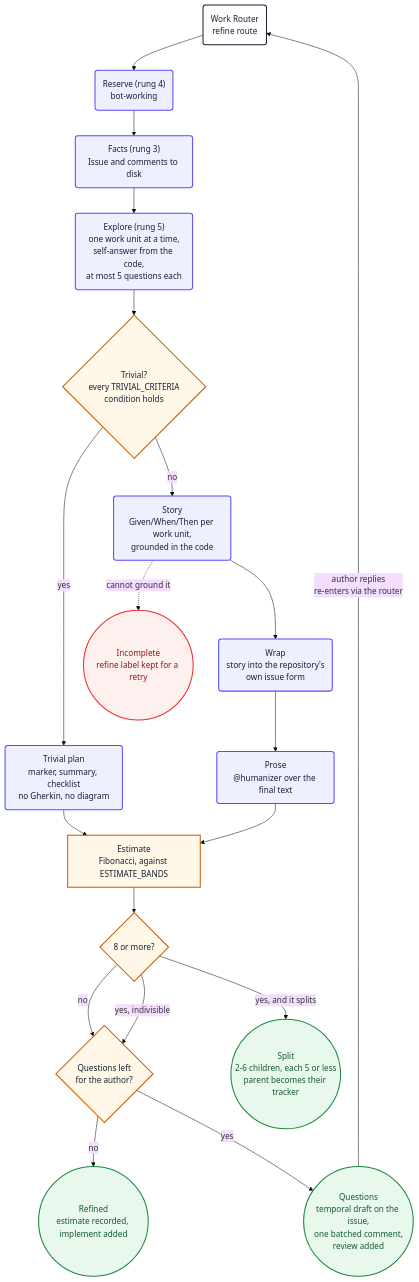
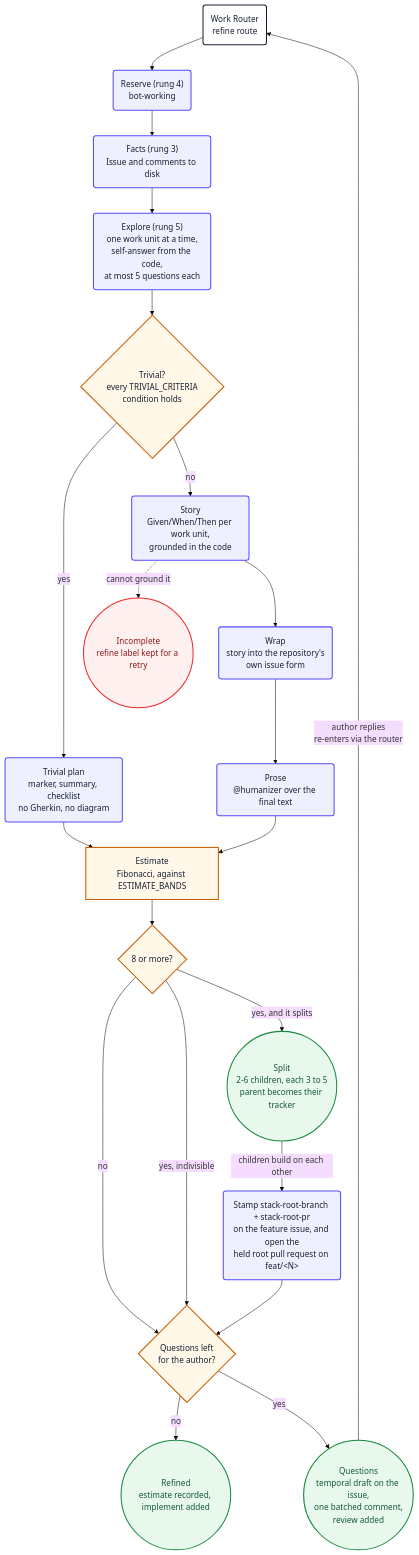
The fifth of 14 diagrams in loops/docs/diagrams.md (PlainConceptsPlatform/agentic-workflows), drawn with Mermaid (base theme) before and after one commit. The commit also changed other lines of this file and 23 other files, not shown here.

First line of the commit message:
feat(stack): stacked pull requests for large stories (1.4.0) (#96)

````diff
--- a/loops/docs/diagrams.md
+++ b/loops/docs/diagrams.md
@@ -172,39 +209,41 @@
 ```mermaid
 flowchart TD
     refStart("Work Router<br/>refine route") --> refReserve
     refReserve("Reserve (rung 4)<br/>bot-working") --> refFacts
     refFacts("Facts (rung 3)<br/>Issue and comments to disk") --> refExplore
     refExplore("Explore (rung 5)<br/>one work unit at a time,<br/>self-answer from the code,<br/>at most 5 questions each") --> refClassify
     refClassify{"Trivial?<br/>every TRIVIAL_CRITERIA<br/>condition holds"}
     refClassify -->|yes| refTrivial
     refClassify -->|no| refStory
     refTrivial("Trivial plan<br/>marker, summary, checklist<br/>no Gherkin, no diagram") --> refEstimate
     refStory("Story<br/>Given/When/Then per work unit,<br/>grounded in the code") --> refWrap
     refStory -.->|"cannot ground it"| refFail
     refWrap("Wrap<br/>story into the repository's<br/>own issue form") --> refProse
     refProse("Prose<br/>@humanizer over the final text") --> refEstimate
     refEstimate["Estimate<br/>Fibonacci, against ESTIMATE_BANDS"] --> refSplit
     refSplit{"8 or more?"}
     refSplit -->|no| refOutcome
     refSplit -->|"yes, and it splits"| refChildren
     refSplit -->|"yes, indivisible"| refOutcome
-    refChildren(("Split<br/>2-6 children, each 5 or less<br/>parent becomes their tracker"))
+    refChildren(("Split<br/>2-6 children, each 3 to 5<br/>parent becomes their tracker"))
+    refChildren -->|"children build on each other"| refStack
+    refStack("Stamp stack-root-branch + stack-root-pr<br/>on the feature issue, and open the<br/>held root pull request on feat/&lt;N&gt;") --> refOutcome
     refOutcome{"Questions left<br/>for the author?"}
     refOutcome -->|no| refDone
     refOutcome -->|yes| refAsk
     refDone(("Refined<br/>estimate recorded, implement added"))
     refAsk(("Questions<br/>temporal draft on the issue,<br/>one batched comment,<br/>review added"))
     refAsk -->|"author replies<br/>re-enters via the router"| refStart
     refFail(("Incomplete<br/>refine label kept for a retry"))
 
     classDef start fill:#ffffff,stroke:#172033,stroke-width:2px,color:#172033
     classDef action fill:#eef0ff,stroke:#554cff,stroke-width:2px,color:#172033
     classDef decision fill:#fff8e8,stroke:#c75b00,stroke-width:2px,color:#172033
     classDef failure fill:#fff0f0,stroke:#ef2929,stroke-width:2px,color:#8b1a1a
     classDef success fill:#e8f8ec,stroke:#18883c,stroke-width:2px,color:#145a32
     class refStart start
-    class refReserve,refFacts,refExplore,refTrivial,refStory,refWrap,refProse action
+    class refReserve,refFacts,refExplore,refTrivial,refStory,refWrap,refProse,refStack action
     class refClassify,refEstimate,refSplit,refOutcome decision
     class refFail failure
     class refDone,refAsk,refChildren success
 ```
````
